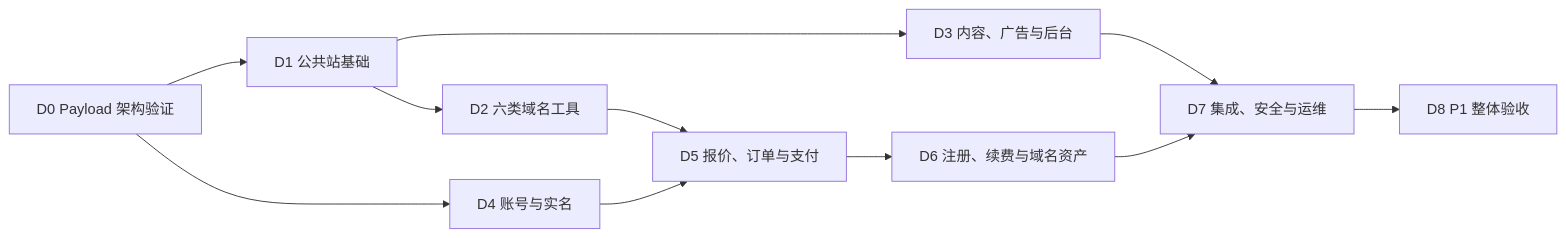
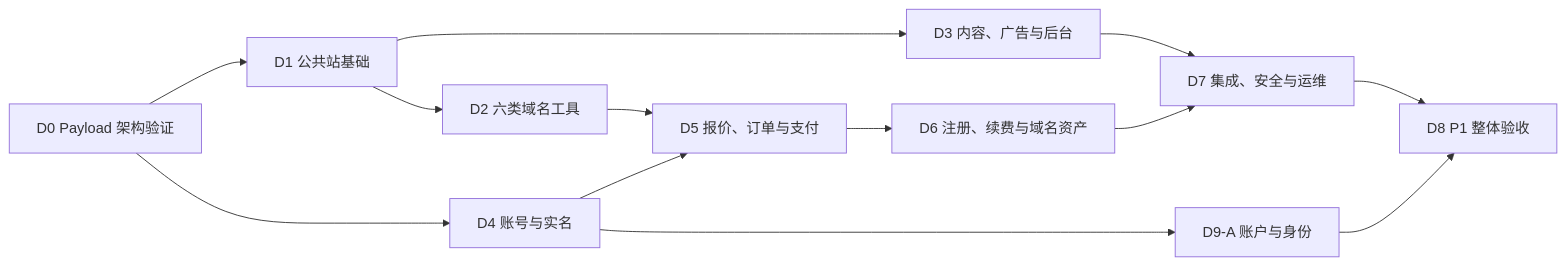
Before and after one commit to huangsourcing-ux/Wanmi: the diagram in Wanmi.AI-P1开发计划.md, drawn with Mermaid. The commit also changed other lines of this file and 7 other files, not shown here.

````diff
--- a/Wanmi.AI-P1开发计划.md
+++ b/Wanmi.AI-P1开发计划.md
@@ -139,13 +140,15 @@
 ```mermaid
 flowchart LR
     D0["D0 Payload 架构验证"] --> D1["D1 公共站基础"]
     D1 --> D2["D2 六类域名工具"]
     D1 --> D3["D3 内容、广告与后台"]
     D0 --> D4["D4 账号与实名"]
     D2 --> D5["D5 报价、订单与支付"]
     D4 --> D5
     D5 --> D6["D6 注册、续费与域名资产"]
     D3 --> D7["D7 集成、安全与运维"]
     D6 --> D7
+    D4 --> D9A["D9-A 账户与身份"]
     D7 --> D8["D8 P1 整体验收"]
+    D9A --> D8
 ```
````
